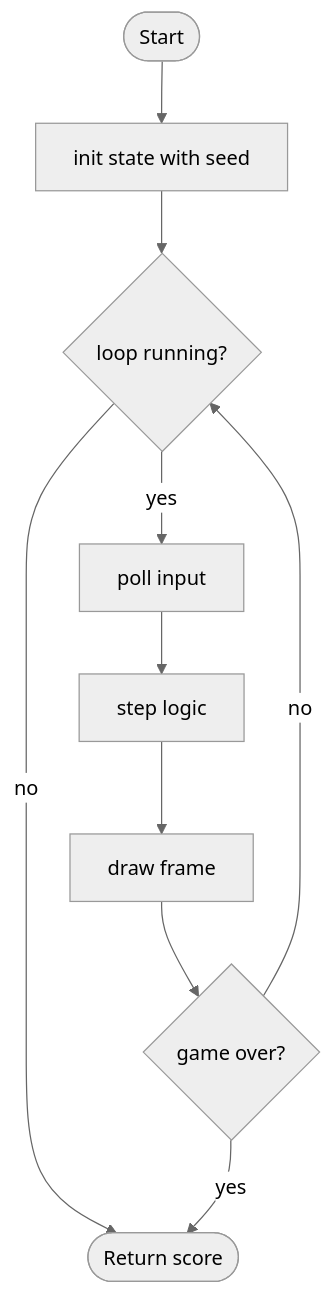
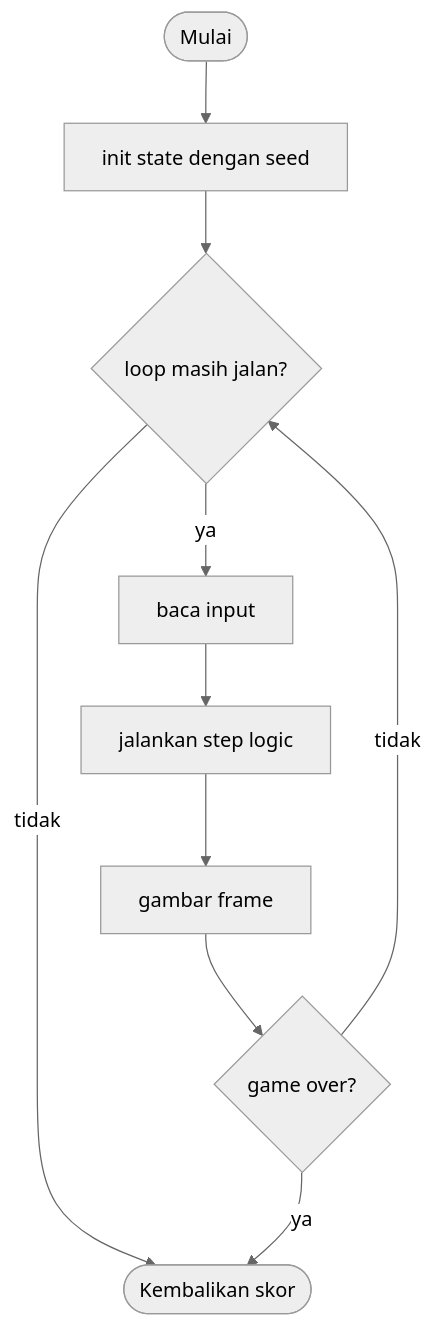
The diagram in games/_template/GAME.md (zaxx-q/arCade), drawn with Mermaid (neutral theme) before and after one commit. The commit also changed other lines of this file and 19 other files, not shown here.

````diff
--- a/games/_template/GAME.md
+++ b/games/_template/GAME.md
@@ -30,12 +94,12 @@
 ```mermaid
 flowchart TD
-    A([Start]) --> B[init state with seed]
-    B --> C{loop running?}
-    C -- no --> Z([Return score])
-    C -- yes --> D[poll input]
-    D --> E[step logic]
-    E --> F[draw frame]
-    F --> G{game over?}
-    G -- no --> C
-    G -- yes --> Z
+    A([Mulai]) --> B["init state dengan seed"]
+    B --> C{"loop masih jalan?"}
+    C -- tidak --> Z([Kembalikan skor])
+    C -- ya --> D[baca input]
+    D --> E[jalankan step logic]
+    E --> F[gambar frame]
+    F --> G{"game over?"}
+    G -- tidak --> C
+    G -- ya --> Z
 ```
````
